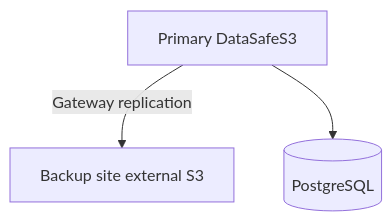
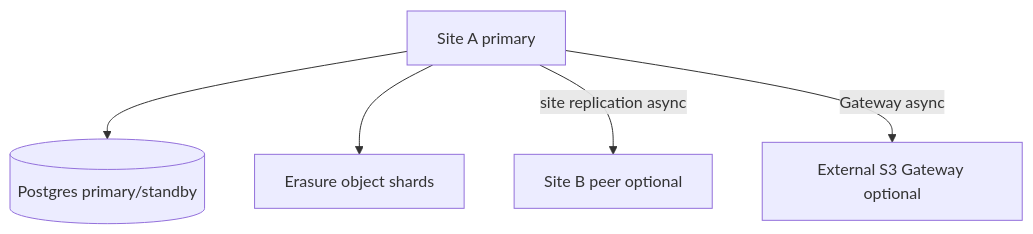
The diagram in docs/operations-guide/en/disaster-recovery.md (DirektorBani/DataSafeS3), drawn with Mermaid before and after one commit. The commit also changed other lines of this file and 225 other files, not shown here.

````diff
--- a/docs/operations-guide/en/disaster-recovery.md
+++ b/docs/operations-guide/en/disaster-recovery.md
@@ -15,8 +19,12 @@
 ```mermaid
 flowchart TB
-  primary[Primary DataSafeS3]
-  backup[Backup site external S3]
-  pg[(PostgreSQL)]
-  primary -->|Gateway replication| backup
-  primary --> pg
+  siteA[Site A primary]
+  pg[(Postgres primary/standby)]
+  ec[Erasure object shards]
+  siteB[Site B peer optional]
+  ext[External S3 Gateway optional]
+  siteA --> pg
+  siteA --> ec
+  siteA -->|site replication async| siteB
+  siteA -->|Gateway async| ext
 ```
````
